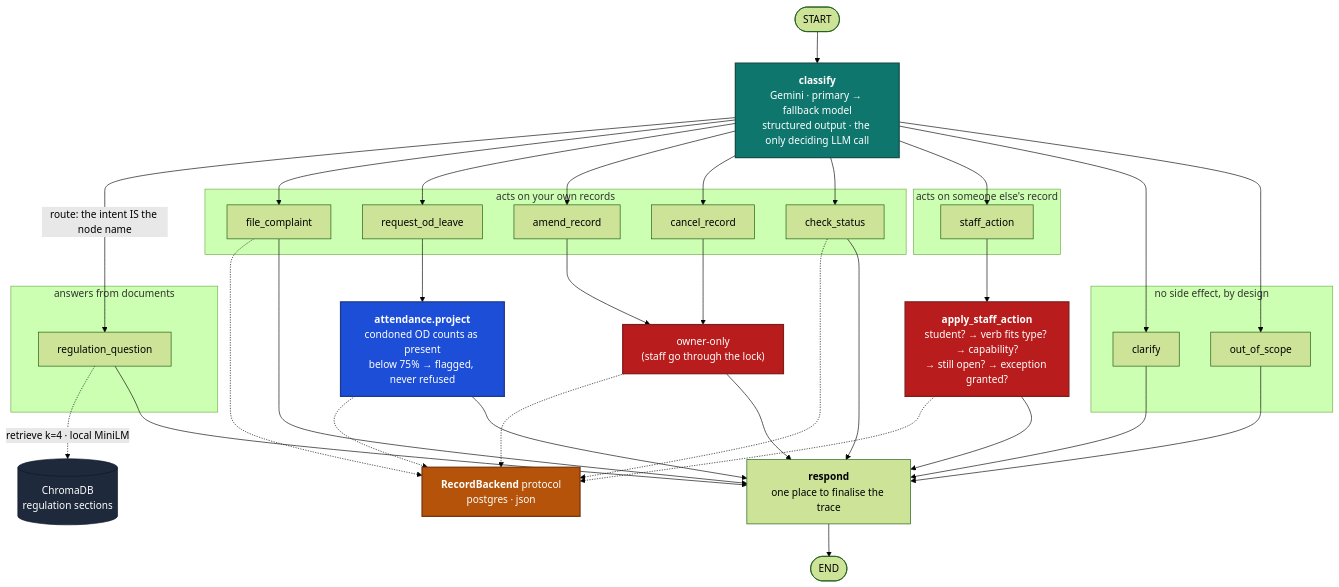
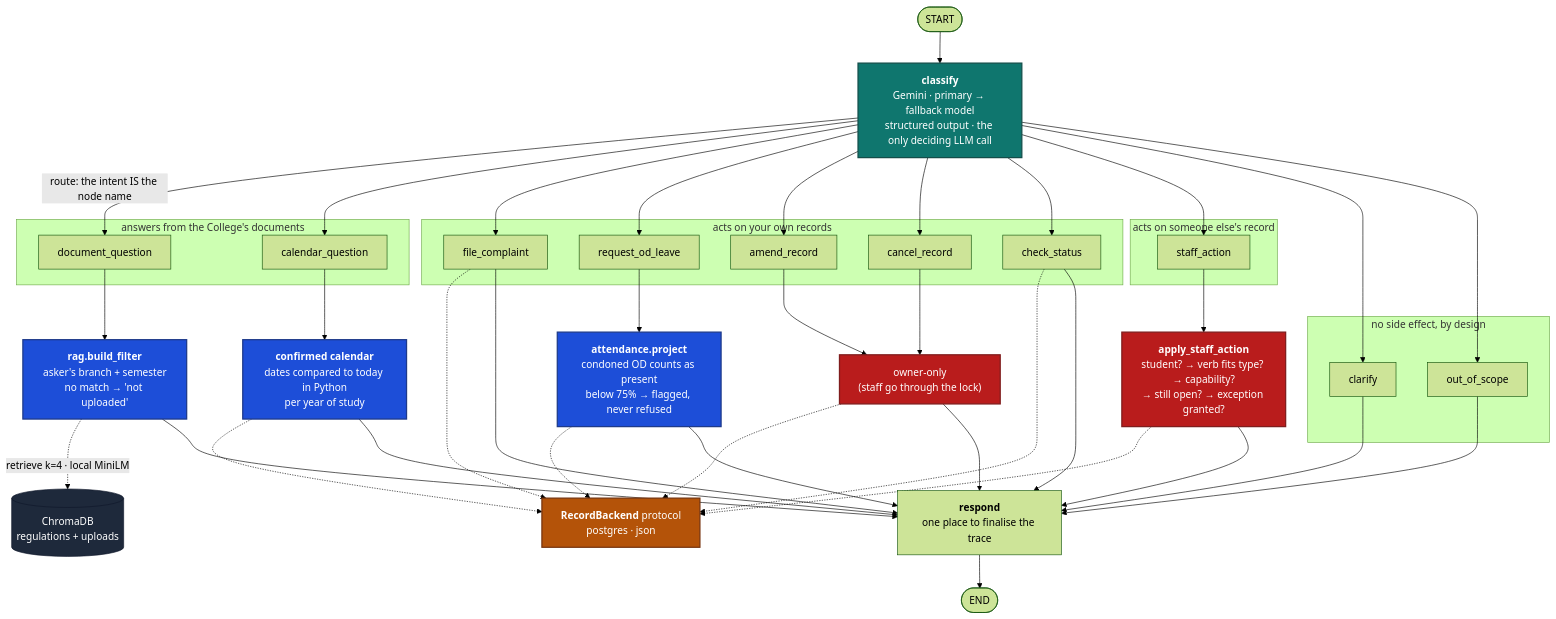
The first of 2 diagrams in docs/diagrams/langgraph_flow.md (elightknight23/compass), drawn with Mermaid (forest theme) before and after one commit. The commit also changed other lines of this file and 10 other files, not shown here.

````diff
--- a/docs/diagrams/langgraph_flow.md
+++ b/docs/diagrams/langgraph_flow.md
@@ -14,71 +14,77 @@
 ```mermaid
 flowchart TD
     S([START]) --> CLS["<b>classify</b><br/>Gemini · primary → fallback model<br/>structured output · the only deciding LLM call"]
 
-    subgraph GROUND ["answers from documents"]
-        REG["regulation_question"]
+    subgraph GROUND ["answers from the College's documents"]
+        REG["document_question"]
+        CALQ["calendar_question"]
     end
 
     subgraph OWN ["acts on your own records"]
         FILE["file_complaint"]
         LV["request_od_leave"]
         AMEND["amend_record"]
         CANCEL["cancel_record"]
         STATUS["check_status"]
     end
 
     subgraph OTHER ["acts on someone else's record"]
         SA["staff_action"]
     end
 
     subgraph SAFE ["no side effect, by design"]
         CLR["clarify"]
         OOS["out_of_scope"]
     end
 
     CLS -->|"route: the intent IS the node name"| REG
+    CLS --> CALQ
     CLS --> FILE
     CLS --> LV
     CLS --> AMEND
     CLS --> CANCEL
     CLS --> STATUS
     CLS --> SA
     CLS --> CLR
     CLS --> OOS
 
     LV --> ATT["<b>attendance.project</b><br/>condoned OD counts as present<br/>below 75% → flagged, never refused"]
     SA --> LOCK["<b>apply_staff_action</b><br/>student? → verb fits type? → capability?<br/>→ still open? → exception granted?"]
     AMEND --> OWNER["owner-only<br/>(staff go through the lock)"]
     CANCEL --> OWNER
 
-    REG -.->|"retrieve k=4 · local MiniLM"| CHROMA[("ChromaDB<br/>regulation sections")]
+    REG --> FILT["<b>rag.build_filter</b><br/>asker's branch + semester<br/>no match → 'not uploaded'"]
+    FILT -.->|"retrieve k=4 · local MiniLM"| CHROMA[("ChromaDB<br/>regulations + uploads")]
+    CALQ --> CALC["<b>confirmed calendar</b><br/>dates compared to today in Python<br/>per year of study"]
+    CALC -.-> BE
     LOCK -.-> BE
     FILE -.-> BE
     OWNER -.-> BE
     STATUS -.-> BE
     ATT -.-> BE
 
     BE["<b>RecordBackend</b> protocol<br/>postgres · json"]
 
-    REG --> RESP
+    FILT --> RESP
+    CALC --> RESP
     FILE --> RESP
     ATT --> RESP
     OWNER --> RESP
     STATUS --> RESP
     LOCK --> RESP
     CLR --> RESP
     OOS --> RESP
 
     RESP["<b>respond</b><br/>one place to finalise the trace"] --> E([END])
 
     classDef llm fill:#0f766e,stroke:#134e4a,stroke-width:2px,color:#fff
     classDef gate fill:#b91c1c,stroke:#7f1d1d,stroke-width:2px,color:#fff
     classDef py fill:#1d4ed8,stroke:#1e3a8a,stroke-width:2px,color:#fff
     classDef port fill:#b45309,stroke:#78350f,stroke-width:2px,color:#fff
     classDef store fill:#1e293b,stroke:#0f172a,color:#fff
     class CLS llm
     class LOCK,OWNER gate
-    class ATT py
+    class ATT,FILT,CALC py
     class BE port
     class CHROMA store
 ```
````
